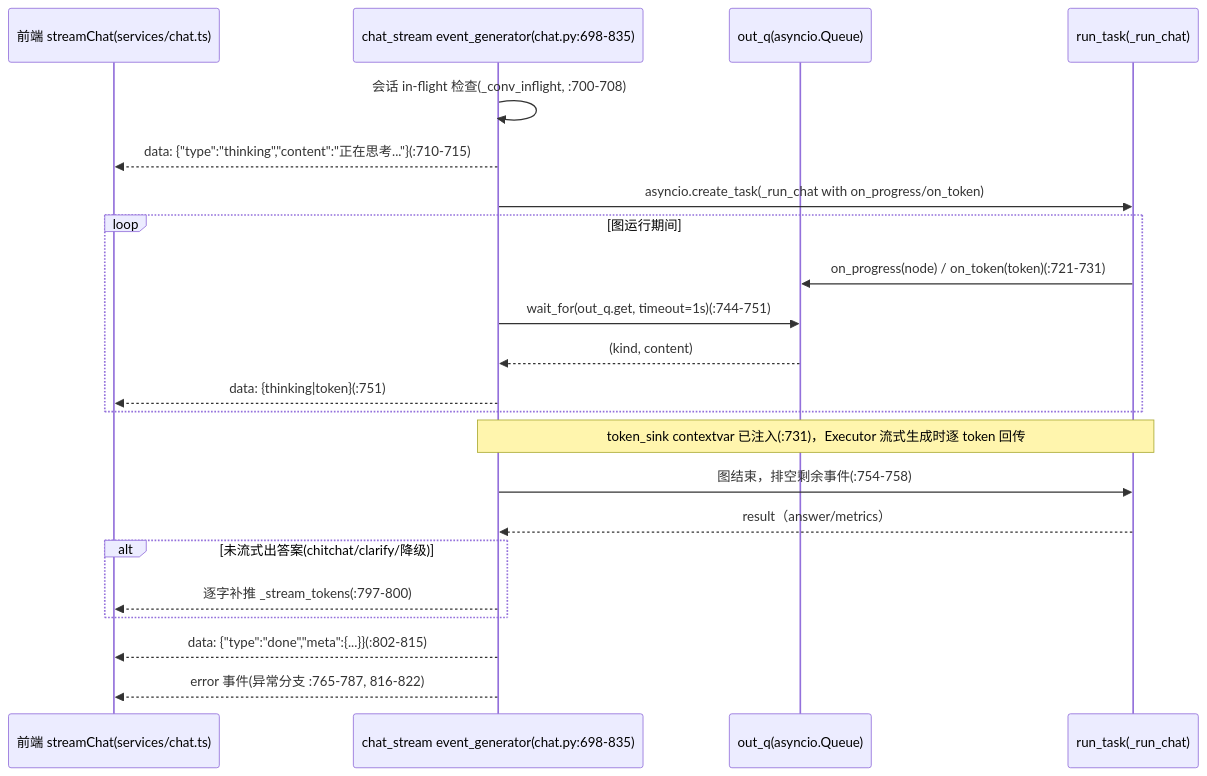
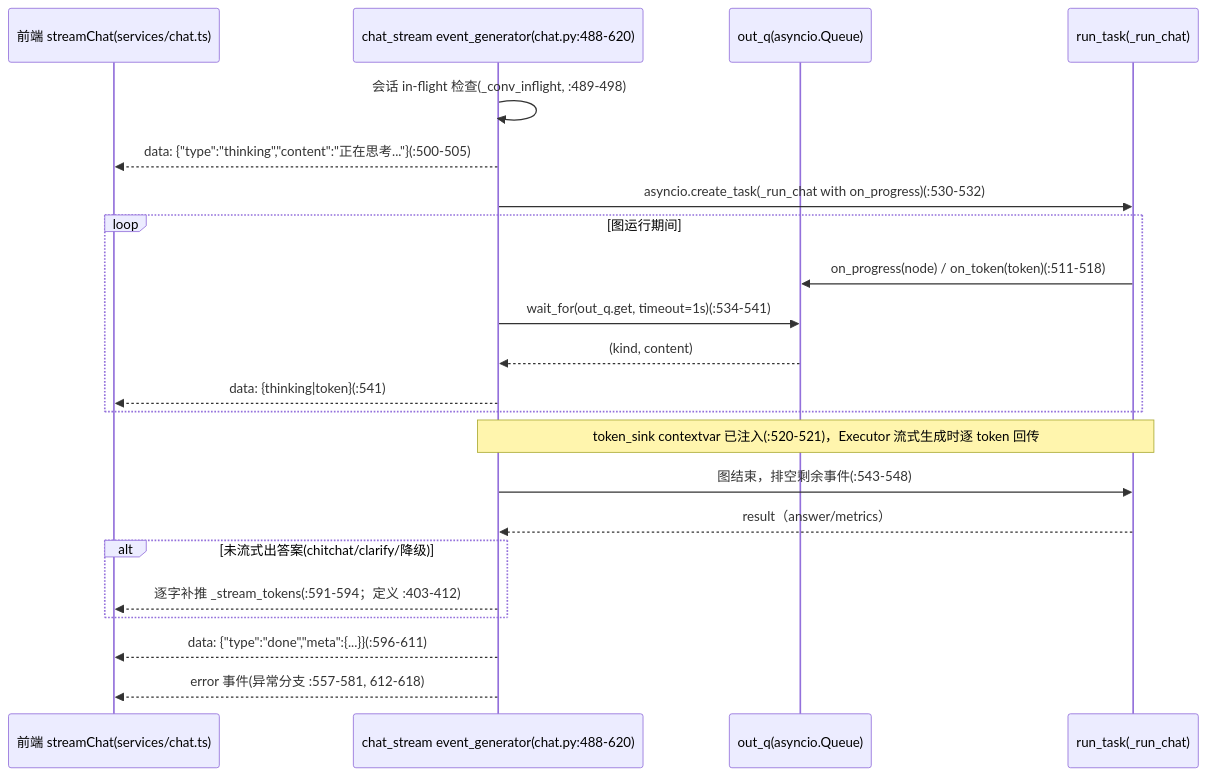
The second of 6 diagrams in docs/tech/02-RUNTIME-FLOWS.md (bozhang1214/SelfEvolvingKnowledgeBase), drawn with Mermaid before and after one commit. The commit also changed other lines of this file and 28 other files, not shown here.

````diff
--- a/docs/tech/02-RUNTIME-FLOWS.md
+++ b/docs/tech/02-RUNTIME-FLOWS.md
@@ -81,25 +81,25 @@
 ```mermaid
 sequenceDiagram
     participant F as 前端 streamChat(services/chat.ts)
-    participant B as chat_stream event_generator(chat.py:698-835)
+    participant B as chat_stream event_generator(chat.py:488-620)
     participant Q as out_q(asyncio.Queue)
     participant T as run_task(_run_chat)
 
-    B->>B: 会话 in-flight 检查(_conv_inflight, :700-708)
-    B-->>F: data: {"type":"thinking","content":"正在思考..."}(:710-715)
-    B->>T: asyncio.create_task(_run_chat with on_progress/on_token)
+    B->>B: 会话 in-flight 检查(_conv_inflight, :489-498)
+    B-->>F: data: {"type":"thinking","content":"正在思考..."}(:500-505)
+    B->>T: asyncio.create_task(_run_chat with on_progress)(:530-532)
     loop 图运行期间
-      T->>Q: on_progress(node) / on_token(token)(:721-731)
-      B->>Q: wait_for(out_q.get, timeout=1s)(:744-751)
+      T->>Q: on_progress(node) / on_token(token)(:511-518)
+      B->>Q: wait_for(out_q.get, timeout=1s)(:534-541)
       Q-->>B: (kind, content)
-      B-->>F: data: {thinking|token}(:751)
+      B-->>F: data: {thinking|token}(:541)
     end
-    Note over B,T: token_sink contextvar 已注入(:731)，Executor 流式生成时逐 token 回传
-    B->>T: 图结束，排空剩余事件(:754-758)
+    Note over B,T: token_sink contextvar 已注入(:520-521)，Executor 流式生成时逐 token 回传
+    B->>T: 图结束，排空剩余事件(:543-548)
     T-->>B: result（answer/metrics）
     alt 未流式出答案(chitchat/clarify/降级)
-      B-->>F: 逐字补推 _stream_tokens(:797-800)
+      B-->>F: 逐字补推 _stream_tokens(:591-594；定义 :403-412)
     end
-    B-->>F: data: {"type":"done","meta":{...}}(:802-815)
-    B-->>F: error 事件(异常分支 :765-787, 816-822)
+    B-->>F: data: {"type":"done","meta":{...}}(:596-611)
+    B-->>F: error 事件(异常分支 :557-581, 612-618)
 ```
````
